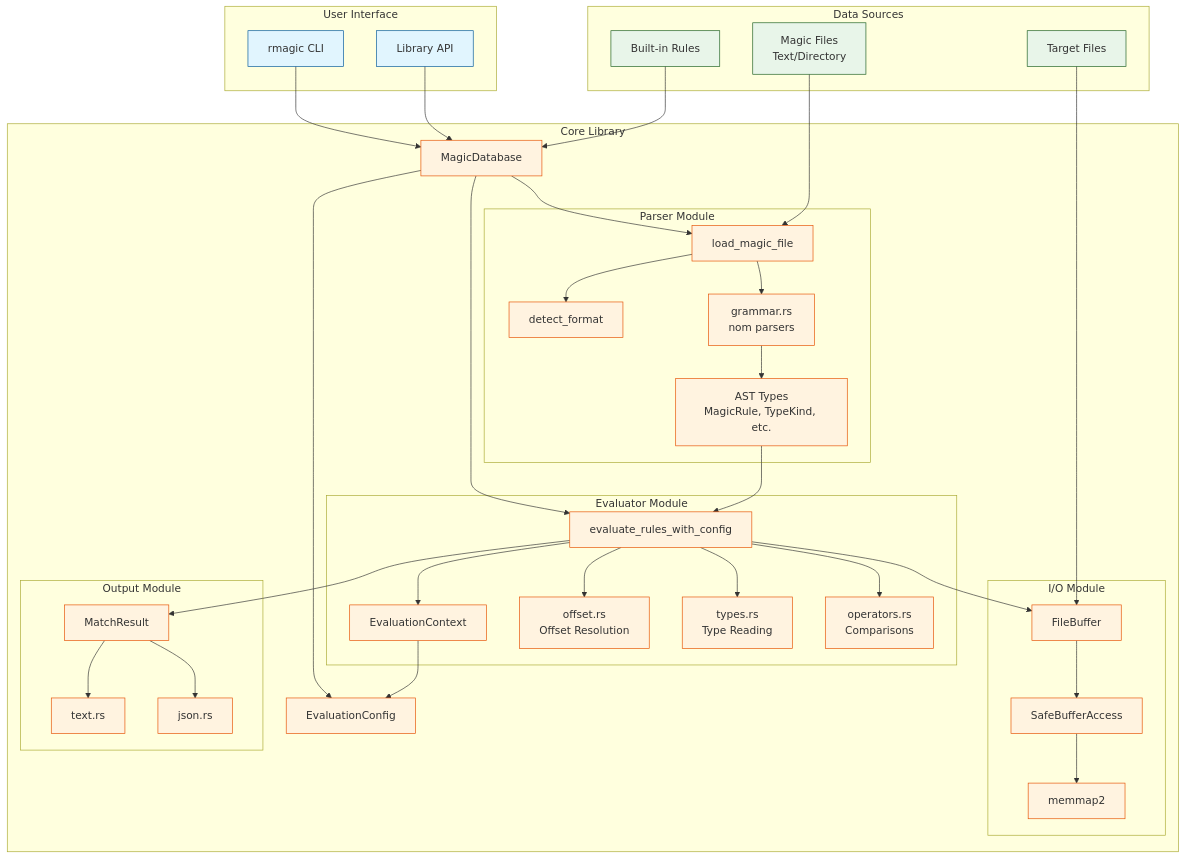
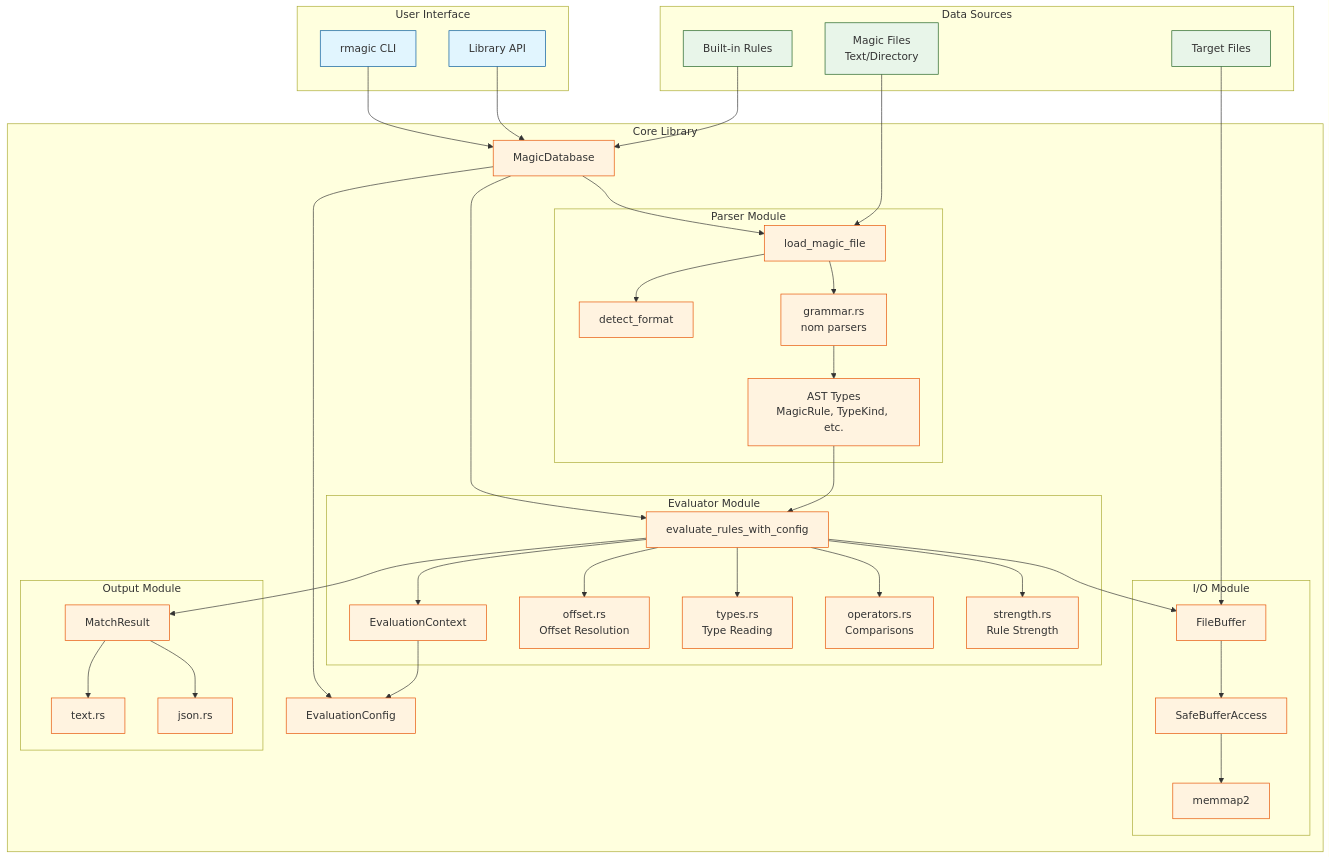
The diagram in docs/diagrams/architecture.mmd (EvilBit-Labs/libmagic-rs), drawn with Mermaid before and after one commit. The commit also changed 10 other files, not shown here.

```diff
--- a/docs/diagrams/architecture.mmd
+++ b/docs/diagrams/architecture.mmd
@@ -1,85 +1,87 @@
 %% libmagic-rs Architecture Diagram
 %% Render with: mmdc -i architecture.mmd -o architecture.svg
 
 graph TB
     subgraph "User Interface"
         CLI[rmagic CLI]
         LIB[Library API]
     end
 
     subgraph "Core Library"
         DB[MagicDatabase]
         CFG[EvaluationConfig]
 
         subgraph "Parser Module"
             LOAD[load_magic_file]
             DET[detect_format]
             GRAM[grammar.rs<br/>nom parsers]
             AST[AST Types<br/>MagicRule, TypeKind, etc.]
         end
 
         subgraph "Evaluator Module"
             EVAL[evaluate_rules_with_config]
             CTX[EvaluationContext]
             OFF[offset.rs<br/>Offset Resolution]
             TYP[types.rs<br/>Type Reading]
             OPS[operators.rs<br/>Comparisons]
+            STR[strength.rs<br/>Rule Strength]
         end
 
         subgraph "I/O Module"
             FB[FileBuffer]
             SBA[SafeBufferAccess]
             MMAP[memmap2]
         end
 
         subgraph "Output Module"
             MR[MatchResult]
             TXT[text.rs]
             JSON[json.rs]
         end
     end
 
     subgraph "Data Sources"
         MAGIC[Magic Files<br/>Text/Directory]
         BUILTIN[Built-in Rules]
         TARGET[Target Files]
     end
 
     CLI --> DB
     LIB --> DB
 
     DB --> CFG
     DB --> LOAD
     DB --> EVAL
 
     LOAD --> DET
     LOAD --> GRAM
     GRAM --> AST
 
     MAGIC --> LOAD
     BUILTIN --> DB
 
     EVAL --> CTX
     EVAL --> OFF
     EVAL --> TYP
     EVAL --> OPS
+    EVAL --> STR
     CTX --> CFG
 
     TARGET --> FB
     FB --> SBA
     SBA --> MMAP
 
     EVAL --> FB
     AST --> EVAL
 
     EVAL --> MR
     MR --> TXT
     MR --> JSON
 
     classDef user fill:#e1f5fe,stroke:#01579b
     classDef core fill:#fff3e0,stroke:#e65100
     classDef data fill:#e8f5e9,stroke:#1b5e20
 
     class CLI,LIB user
-    class DB,CFG,LOAD,DET,GRAM,AST,EVAL,CTX,OFF,TYP,OPS,FB,SBA,MMAP,MR,TXT,JSON core
+    class DB,CFG,LOAD,DET,GRAM,AST,EVAL,CTX,OFF,TYP,OPS,STR,FB,SBA,MMAP,MR,TXT,JSON core
     class MAGIC,BUILTIN,TARGET data
```
